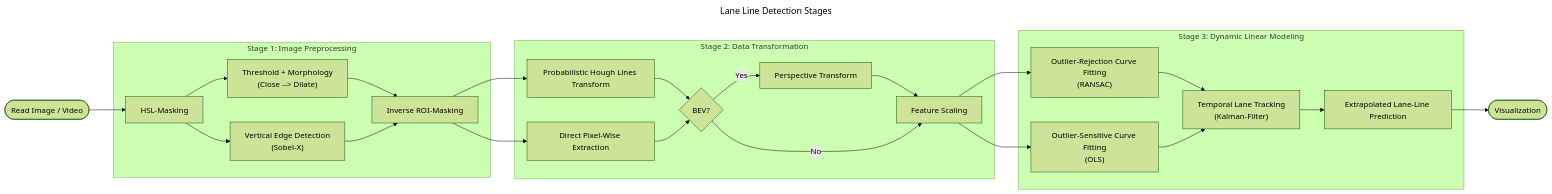
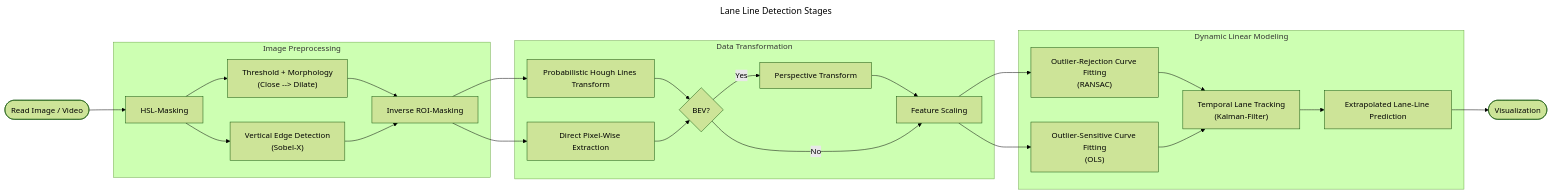
One commit to ShaneTeel/lane-detection-classic changed the diagram in README.md. Above: the diagram before and after it, drawn with Mermaid (forest theme).

Commit message:
Updated README.md with better flowchart, and structure.

````diff
--- a/README.md
+++ b/README.md
@@ -85,31 +85,31 @@
 ```mermaid
 ---
 title: Lane Line Detection Stages
 ---
 graph LR;
     A([Read Image / Video]) --> B;
-    subgraph Stage 1: Image Preprocessing;
+    subgraph Image Preprocessing;
         B[HSL-Masking] --> CA;
         CA["Threshold + Morphology<br>(Close --> Dilate)"] --> D;
         B[HSL-Masking] --> CB;
         CB["Vertical Edge Detection<br>(Sobel-X)"] --> D
         end
     D[Inverse ROI-Masking] --> EA;
     D[Inverse ROI-Masking] --> EB;
-    subgraph Stage 2: Data Transformation;
+    subgraph Data Transformation;
         EA[Probabilistic Hough Lines Transform] --> F;
         EB[Direct Pixel-Wise Extraction] --> F;
         F{BEV?} --> |Yes| G;
         G[Perspective Transform] --> H;
         F{BEV?} --> |No| H;
         end
     H[Feature Scaling] --> IA;
     H[Feature Scaling] --> IB
-    subgraph Stage 3: Dynamic Linear Modeling
+    subgraph Dynamic Linear Modeling
         IA["Outlier-Rejection Curve Fitting<br>(RANSAC)"] --> J;
         IB["Outlier-Sensitive Curve Fitting<br>(OLS)"] --> J;
         J["Temporal Lane Tracking<br>(Kalman-Filter)"] --> K;
         end
     K[Extrapolated Lane-Line Prediction] --> L;
     L([Visualization]);
 ```
````
